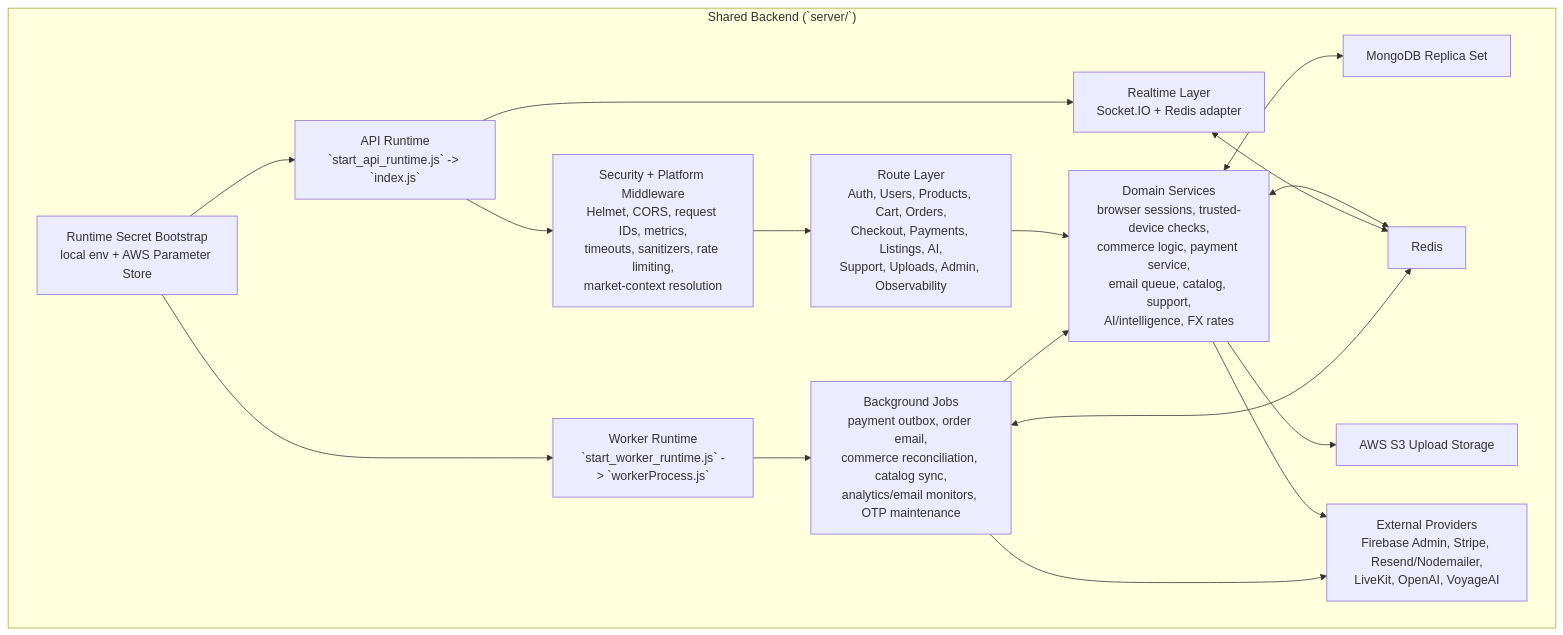
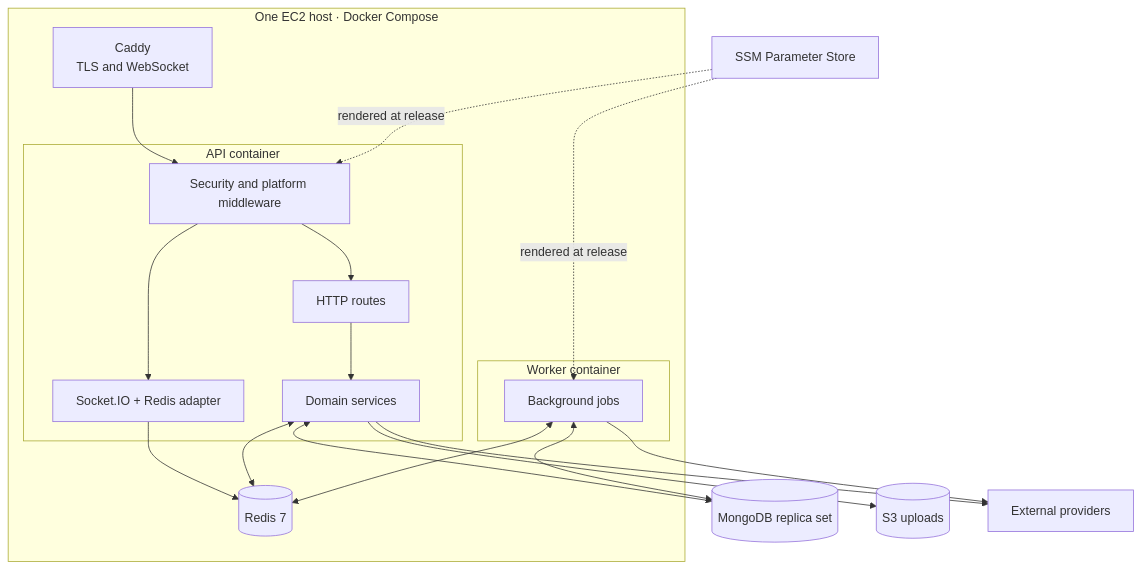
Before and after one commit to MdSaifulIslamMSI/Aura: the third of 4 diagrams in docs/system-architecture.md, drawn with Mermaid. The commit also changed other lines of this file and 4 other files, not shown here.

First line of the commit message:
docs: rebuild the production runtime map and architecture page (#723)

````diff
--- a/docs/system-architecture.md
+++ b/docs/system-architecture.md
@@ -46,37 +158,35 @@
 ```mermaid
-flowchart TD
-    subgraph Backend["Shared Backend (`server/`)"]
-        Secrets["Runtime Secret Bootstrap<br/>local env + AWS Parameter Store"]
+flowchart TB
+    subgraph EC2["One EC2 host · Docker Compose"]
+        Caddy["Caddy<br/>TLS and WebSocket"]
+        subgraph APIC["API container"]
+            Middleware["Security and platform middleware"]
+            HTTP["HTTP routes"]
+            Socket["Socket.IO + Redis adapter"]
+            Domain["Domain services"]
+        end
+        subgraph Workerc["Worker container"]
+            Jobs["Background jobs"]
+        end
+        Redis[("Redis 7")]
+        Caddy --> Middleware
+        Middleware --> HTTP --> Domain
+        Middleware --> Socket
+        Socket --> Redis
+        Domain <--> Redis
+        Jobs <--> Redis
+    end
 
-        API["API Runtime<br/>`start_api_runtime.js` -> `index.js`"]
-        Worker["Worker Runtime<br/>`start_worker_runtime.js` -> `workerProcess.js`"]
+    Mongo[("MongoDB replica set")]
+    S3[("S3 uploads")]
+    SSM["SSM Parameter Store"]
+    Providers["External providers"]
 
-        Middleware["Security + Platform Middleware<br/>Helmet, CORS, request IDs, metrics,<br/>timeouts, sanitizers, rate limiting,<br/>market-context resolution"]
-        Routes["Route Layer<br/>Auth, Users, Products, Cart, Orders,<br/>Checkout, Payments, Listings, AI,<br/>Support, Uploads, Admin, Observability"]
-        SocketLayer["Realtime Layer<br/>Socket.IO + Redis adapter"]
-
-        Domain["Domain Services<br/>browser sessions, trusted-device checks,<br/>commerce logic, payment service,<br/>email queue, catalog, support,<br/>AI/intelligence, FX rates"]
-        Jobs["Background Jobs<br/>payment outbox, order email,<br/>commerce reconciliation, catalog sync,<br/>analytics/email monitors, OTP maintenance"]
-
-        Mongo["MongoDB Replica Set"]
-        Redis["Redis"]
-        S3["AWS S3 Upload Storage"]
-        External["External Providers<br/>Firebase Admin, Stripe, Resend/Nodemailer,<br/>LiveKit, OpenAI, VoyageAI"]
-
-        Secrets --> API
-        Secrets --> Worker
-
-        API --> Middleware --> Routes --> Domain
-        API --> SocketLayer
-        Worker --> Jobs --> Domain
-
-        Domain <--> Mongo
-        Domain <--> Redis
-        SocketLayer <--> Redis
-        Jobs <--> Redis
-
-        Domain --> S3
-        Domain --> External
-        Jobs --> External
-    end
+    Domain <--> Mongo
+    Jobs <--> Mongo
+    Domain --> S3
+    SSM -.->|rendered at release| Middleware
+    SSM -.->|rendered at release| Jobs
+    Domain --> Providers
+    Jobs --> Providers
 ```
````
